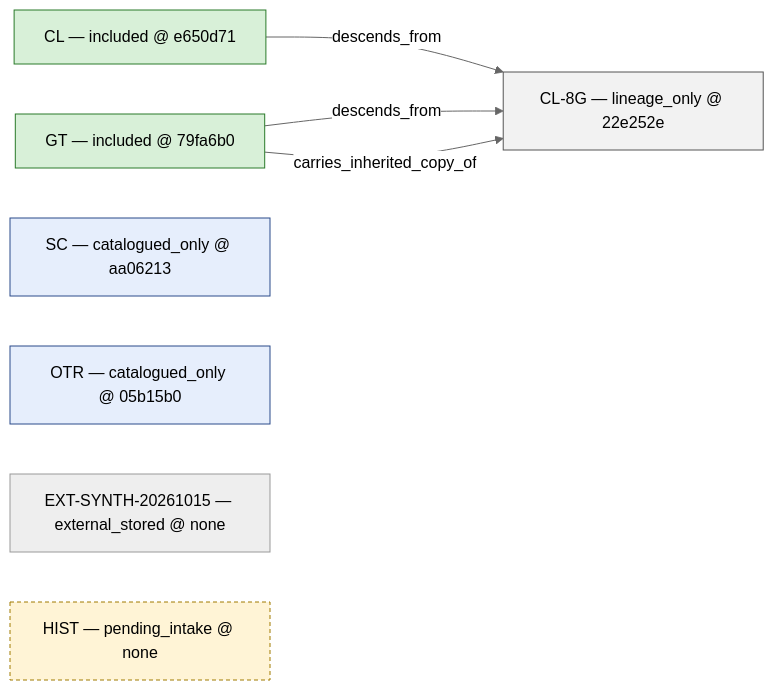
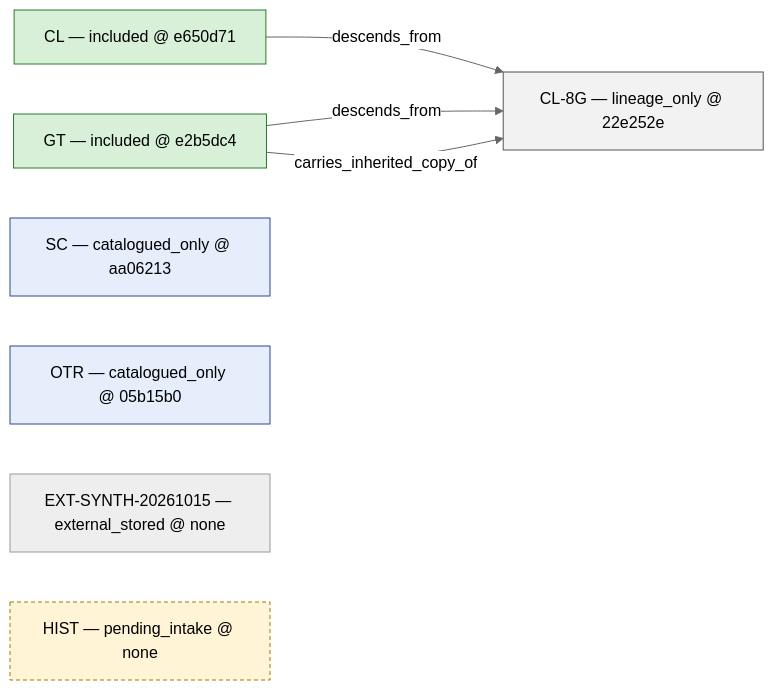
One commit to gellsmore-svg/Relational-Substrate changed the diagram in research-synthesis/generated/provenance.mmd. Above: the diagram before and after it, drawn with Mermaid (neutral theme). The commit also changed 14 other files, not shown here.

```diff
--- a/research-synthesis/generated/provenance.mmd
+++ b/research-synthesis/generated/provenance.mmd
@@ -1,16 +1,16 @@
 graph LR
   n_CL["CL — included @ e650d71"]:::included
-  n_GT["GT — included @ 79fa6b0"]:::included
+  n_GT["GT — included @ e2b5dc4"]:::included
   n_CL_8G["CL-8G — lineage_only @ 22e252e"]:::lineage_only
   n_SC["SC — catalogued_only @ aa06213"]:::catalogued_only
   n_OTR["OTR — catalogued_only @ 05b15b0"]:::catalogued_only
   n_EXT_SYNTH_20261015["EXT-SYNTH-20261015 — external_stored @ none"]:::external_stored
   n_HIST["HIST — pending_intake @ none"]:::pending_intake
   n_CL -->|descends_from| n_CL_8G
   n_GT -->|descends_from| n_CL_8G
   n_GT -->|carries_inherited_copy_of| n_CL_8G
   classDef included fill:#d8f0d8,stroke:#2a7a2a
   classDef catalogued_only fill:#e6eefc,stroke:#2a4a8a
   classDef lineage_only fill:#f2f2f2,stroke:#555
   classDef missing fill:#fde2e2,stroke:#a33,stroke-dasharray: 4 3
   classDef pending_intake fill:#fff4d6,stroke:#a07a00,stroke-dasharray: 4 3
```
